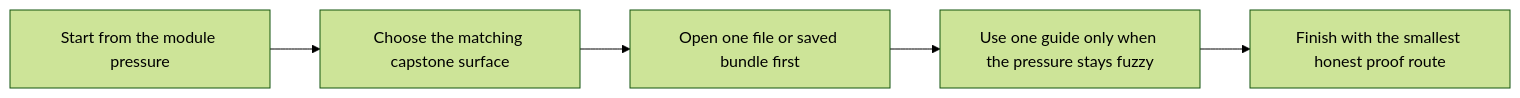
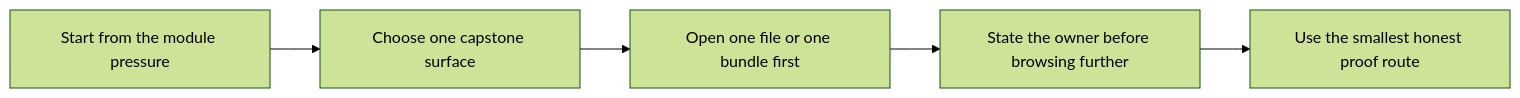
One commit to bijux/bijux-masterclass changed the second of 2 diagrams in programs/python-programming/python-object-oriented-programming/course-book/capstone/capstone-map.md. Above: the diagram before and after it, drawn with Mermaid (forest theme). The commit also changed other lines of this file, not shown here.

Commit message:
docs(oop): bridge module pressure into capstone surfaces

````diff
--- a/programs/python-programming/python-object-oriented-programming/course-book/capstone/capstone-map.md
+++ b/programs/python-programming/python-object-oriented-programming/course-book/capstone/capstone-map.md
@@ -19,7 +19,7 @@
 ```mermaid
 flowchart LR
-  module["Start from the module pressure"] --> surface["Choose the matching capstone surface"]
-  surface --> file["Open one file or saved bundle first"]
-  file --> guide["Use one guide only when the pressure stays fuzzy"]
-  guide --> proof["Finish with the smallest honest proof route"]
+  pressure["Start from the module pressure"] --> surface["Choose one capstone surface"]
+  surface --> artifact["Open one file or one bundle first"]
+  artifact --> owner["State the owner before browsing further"]
+  owner --> proof["Use the smallest honest proof route"]
 ```
````
